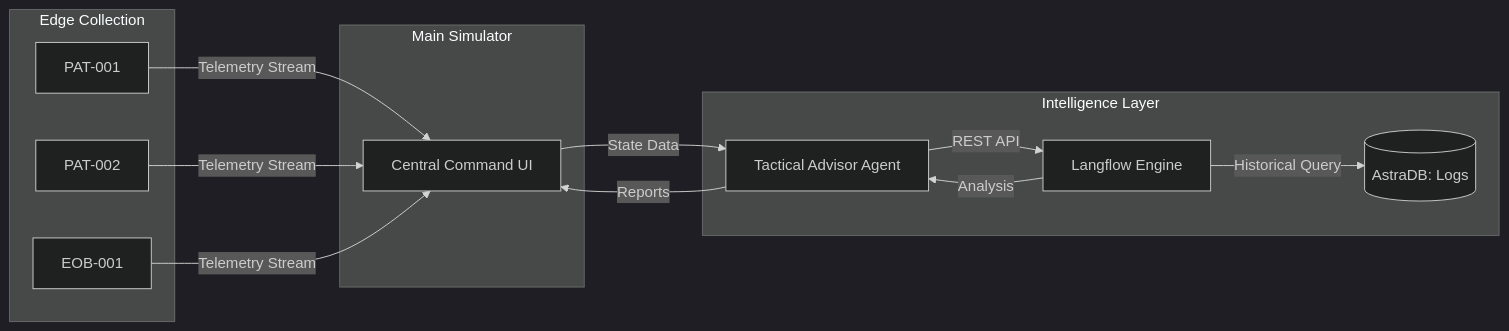
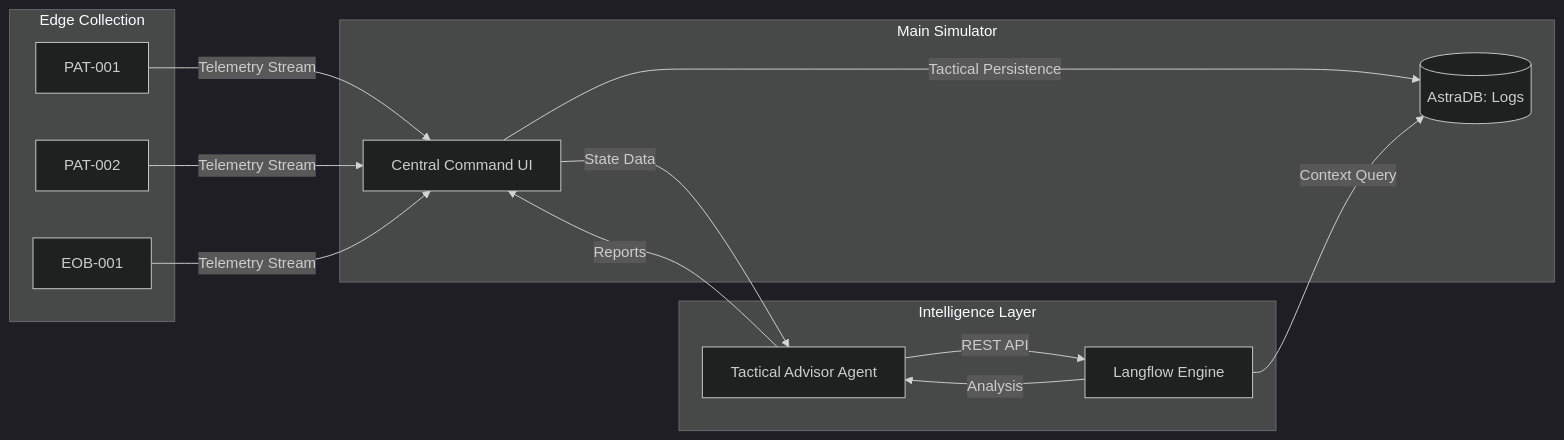
One commit to dambor/aecc-sim changed the first of 2 diagrams in README.md. Above: the diagram before and after it, drawn with Mermaid (dark theme). The commit also changed other lines of this file, not shown here.

Commit message:
docs: correct AstraDB data flow (Simulator as persistence source)

````diff
--- a/README.md
+++ b/README.md
@@ -9,28 +9,29 @@
 ```mermaid
 graph LR
     subgraph "Edge Collection"
         E1[PAT-001]
         E2[PAT-002]
         E3[EOB-001]
     end
 
     subgraph "Main Simulator"
         CS[Central Command UI]
+        ADB[(AstraDB: Logs)]
     end
 
     subgraph "Intelligence Layer"
         TA[Tactical Advisor Agent]
         LF[Langflow Engine]
-        ADB[(AstraDB: Logs)]
     end
 
     %% Data Flow
     E1 & E2 & E3 -- "Telemetry Stream" --> CS
+    CS -- "Tactical Persistence" --> ADB
     
     %% Intelligence Flow
     CS -- "State Data" --> TA
     TA -- "REST API" --> LF
-    LF -- "Historical Query" --> ADB
+    LF -- "Context Query" --> ADB
     LF -- "Analysis" --> TA
     TA -- "Reports" --> CS
 ```
````
